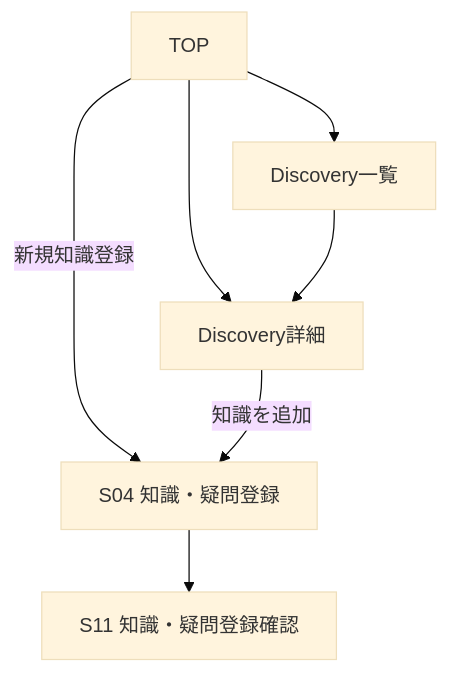
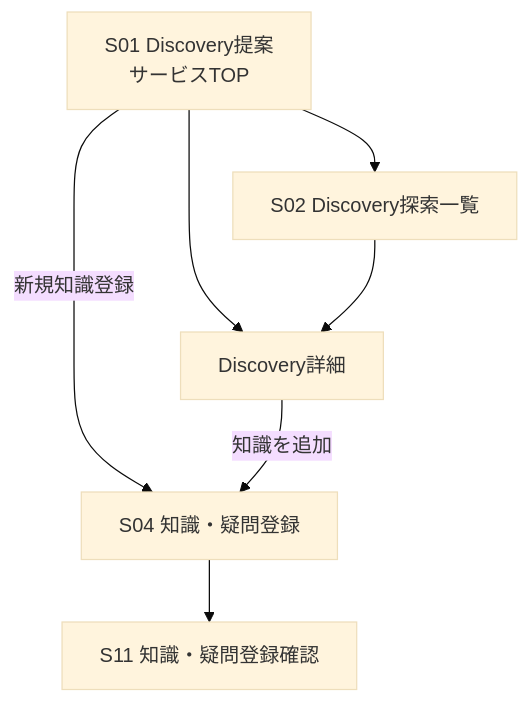
Before and after one commit to ex-day/platform: the diagram in docs/screen-transition.md, drawn with Mermaid (base theme). The commit also changed 4 other files, not shown here.

````diff
--- a/docs/screen-transition.md
+++ b/docs/screen-transition.md
@@ -1,16 +1,16 @@
 ```mermaid
 flowchart TD
-TOP[TOP]
-LIST[Discovery一覧]
+TOP[S01 Discovery提案<br/>サービスTOP]
+LIST[S02 Discovery探索一覧]
 DETAIL[Discovery詳細]
 ADD[S04 知識・疑問登録]
 CONFIRM[S11 知識・疑問登録確認]
 
     TOP --> LIST
     TOP --> DETAIL
     TOP -->|新規知識登録| ADD
     LIST --> DETAIL
 
     DETAIL -->|知識を追加| ADD
     ADD --> CONFIRM
 ```
````
